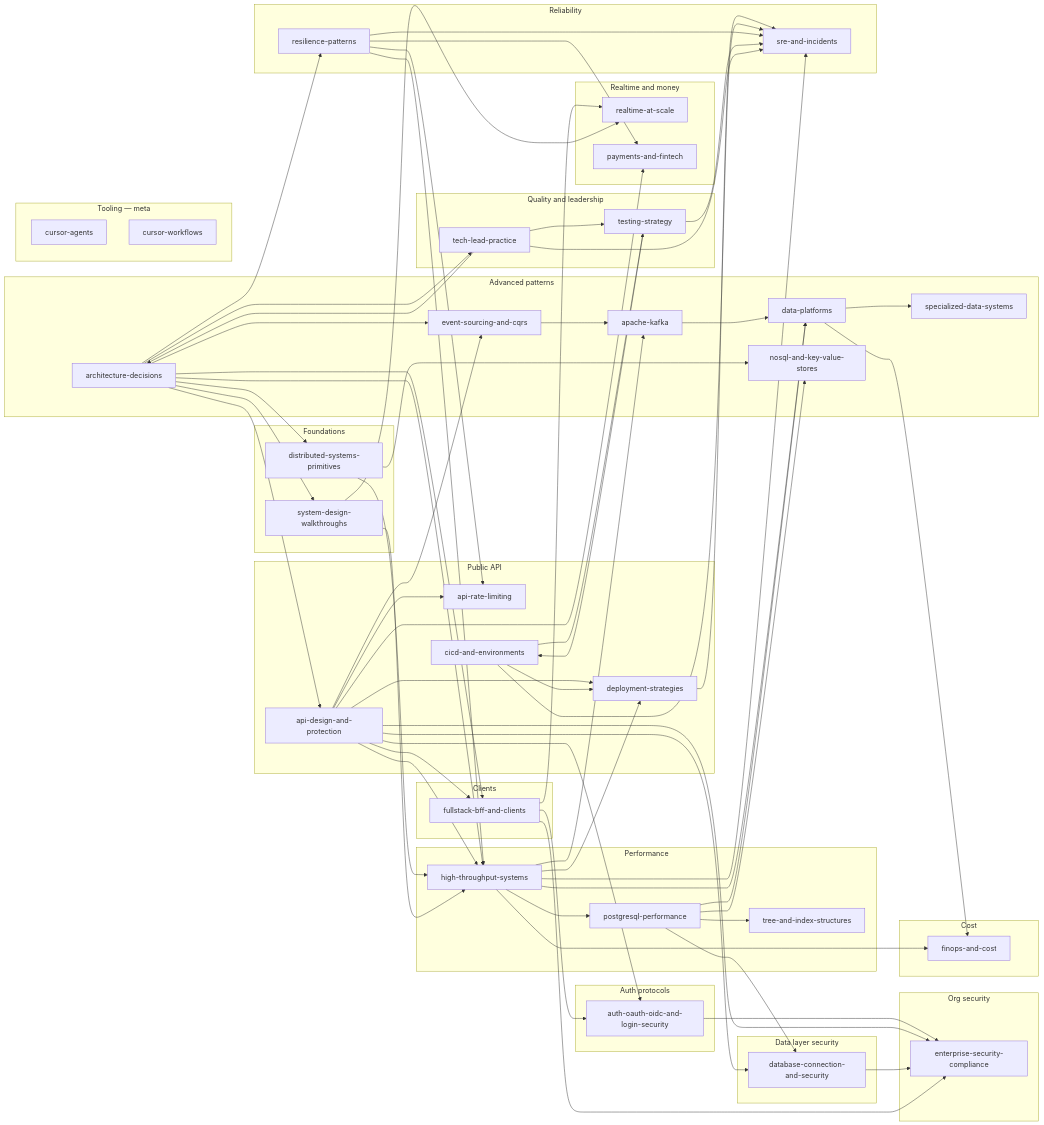
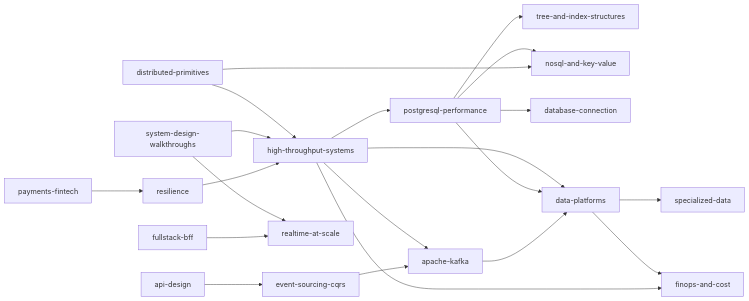
Before and after one commit to steve-duong1991/documents: the second of 3 diagrams in README.md, drawn with Mermaid. The commit also changed other lines of this file and 145 other files, not shown here.

First line of the commit message:
Ship visual spines, DR/ops depth, and close diagram debt across the corpus.

````diff
--- a/README.md
+++ b/README.md
@@ -46,110 +76,23 @@
 ```mermaid
 flowchart LR
-    subgraph api [Public API]
-        A[api-design-and-protection]
-        R[api-rate-limiting]
-        D[deployment-strategies]
-        CD[cicd-and-environments]
-    end
-    subgraph authn [Auth protocols]
-        AUTH[auth-oauth-oidc-and-login-security]
-    end
-    subgraph perf [Performance]
-        H[high-throughput-systems]
-        P[postgresql-performance]
-        T[tree-and-index-structures]
-    end
-    subgraph advanced [Advanced patterns]
-        E[event-sourcing-and-cqrs]
-        K[apache-kafka]
-        DP[data-platforms]
-        AD[architecture-decisions]
-        NS[nosql-and-key-value-stores]
-        SDS[specialized-data-systems]
-    end
-    subgraph foundations [Foundations]
-        DSP[distributed-systems-primitives]
-        SDW[system-design-walkthroughs]
-    end
-    subgraph realtime [Realtime and money]
-        RT[realtime-at-scale]
-        PAY[payments-and-fintech]
-    end
-    subgraph ops [Data layer security]
-        S[database-connection-and-security]
-    end
-    subgraph clients [Clients]
-        FB[fullstack-bff-and-clients]
-    end
-    subgraph sec [Org security]
-        ESC[enterprise-security-compliance]
-    end
-    subgraph cost [Cost]
-        F[finops-and-cost]
-    end
-    subgraph reliability [Reliability]
-        SRE[sre-and-incidents]
-        RP[resilience-patterns]
-    end
-    subgraph quality [Quality and leadership]
-        TS[testing-strategy]
-        TLP[tech-lead-practice]
-    end
-    subgraph tooling [Tooling — meta]
-        C[cursor-agents]
-        CW[cursor-workflows]
-    end
-    A --> R
-    A --> H
-    A --> FB
-    A --> PAY
-    A --> AUTH
-    FB --> AUTH
-    AUTH --> ESC
-    H --> P
-    P --> T
-    P --> NS
-    A --> E
-    H --> K
-    E --> K
-    H --> DP
+    H[high-throughput-systems] --> P[postgresql-performance]
+    P --> T[tree-and-index-structures]
+    P --> NS[nosql-and-key-value]
+    P --> S[database-connection]
+    H --> K[apache-kafka]
+    E[event-sourcing-cqrs] --> K
+    A2[api-design] --> E
+    H --> DP[data-platforms]
     P --> DP
     K --> DP
-    DP --> F
-    DP --> SDS
+    DP --> SDS[specialized-data]
+    DP --> F[finops-and-cost]
     H --> F
-    P --> S
-    A --> S
-    A --> ESC
-    S --> ESC
-    FB --> ESC
-    FB --> RT
-    H --> D
-    A --> D
-    CD --> D
-    CD --> TS
-    D --> SRE
-    H --> SRE
-    CD --> SRE
-    AD --> A
-    AD --> E
-    AD --> H
-    AD --> RP
-    AD --> FB
-    AD --> TLP
-    AD --> DSP
-    AD --> SDW
+    DSP[distributed-primitives] --> H
     DSP --> NS
-    DSP --> H
-    SDW --> H
-    SDW --> RT
-    RP --> H
-    RP --> R
-    RP --> SRE
-    RP --> PAY
-    TS --> CD
-    TS --> SRE
-    TLP --> AD
-    TLP --> SRE
-    TLP --> TS
+    SDW[system-design-walkthroughs] --> H
+    SDW --> RT[realtime-at-scale]
+    FB2[fullstack-bff] --> RT
+    RP2[resilience] --> H
+    PAY[payments-fintech] --> RP2
 ```
````
